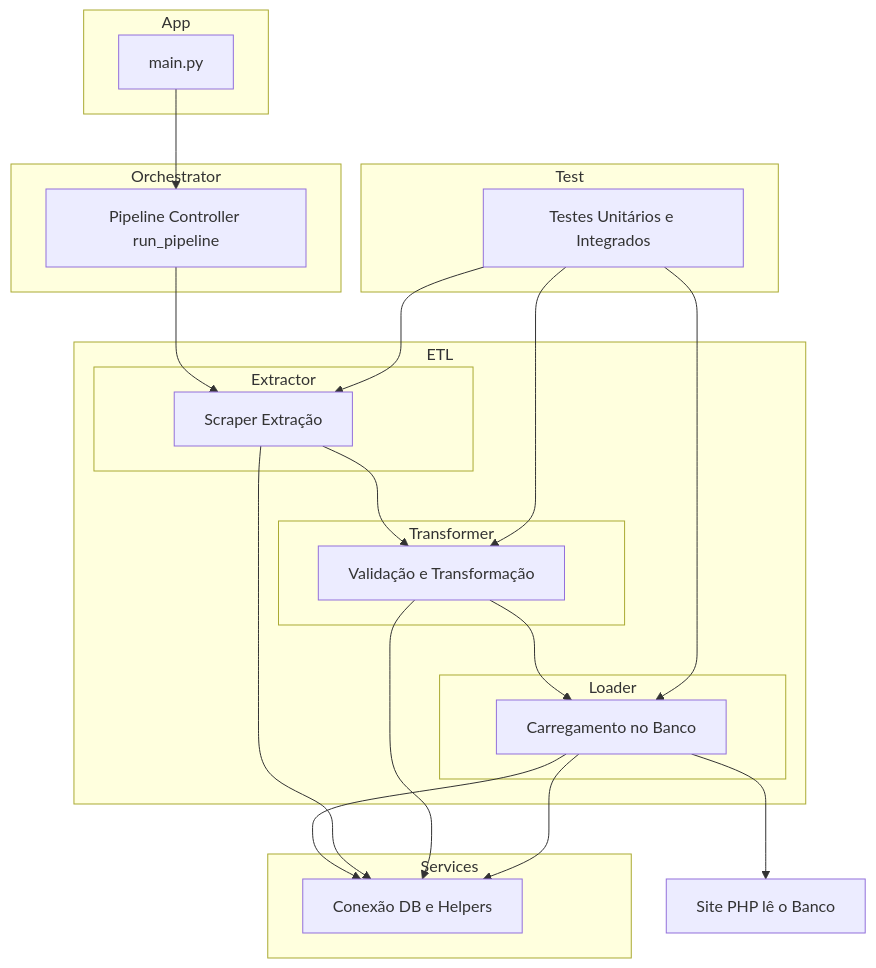
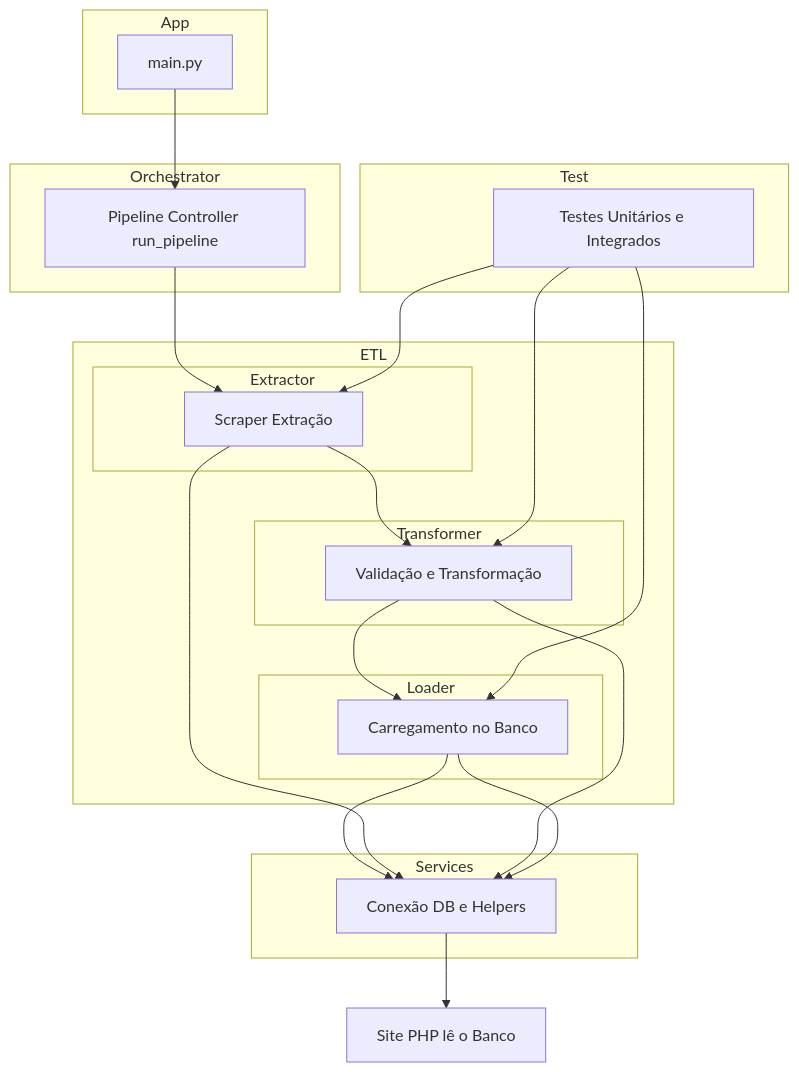
One commit to Otavio-Cipriano/feiras-etl changed the diagram in README.md. Above: the diagram before and after it, drawn with Mermaid.

````diff
--- a/README.md
+++ b/README.md
@@ -2,47 +2,47 @@
 ```mermaid
 flowchart TD
     subgraph ETL
         subgraph Extractor
             EX[Scraper Extração]
         end
         subgraph Transformer
             TR[Validação e Transformação]
         end
         subgraph Loader
             LD[Carregamento no Banco]
         end
     end
 
     subgraph Services
         DB[Conexão DB e Helpers]
     end
 
     subgraph Orchestrator
         ORCH[Pipeline Controller run_pipeline]
     end
 
     subgraph App
         MAIN[main.py]
     end
 
     subgraph Test
         TEST[Testes Unitários e Integrados]
     end
 
     %% Fluxo de dados
     MAIN --> ORCH
     ORCH --> EX
     EX --> TR
     TR --> LD
     LD --> DB
-    LD --> Site[Site PHP lê o Banco]
+    DB --> Site[Site PHP lê o Banco]
     
     %% Conexões de apoio
     EX --> DB
     TR --> DB
     LD --> DB
     TEST --> EX
     TEST --> TR
     TEST --> LD
 
 ```
````
